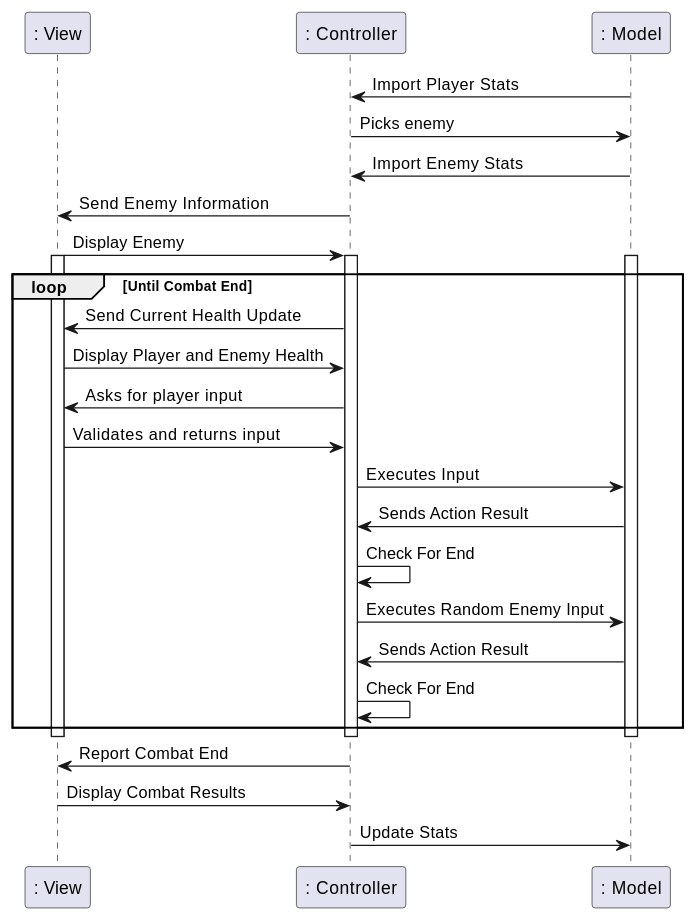
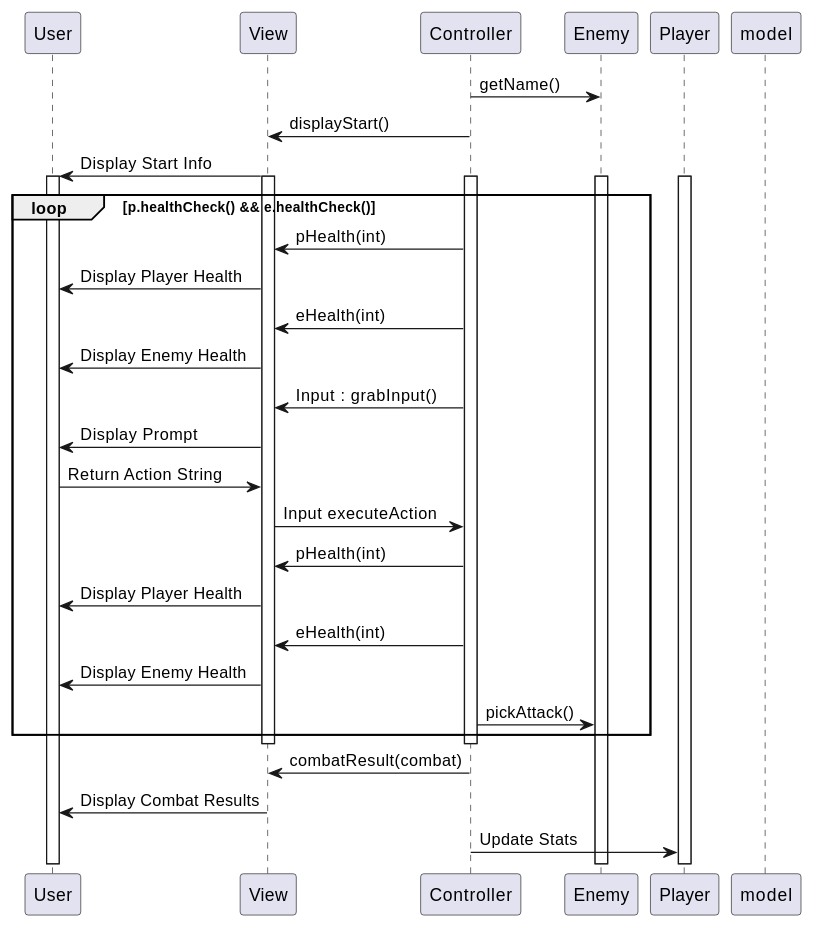
Before and after one commit to BillCheng9/Steampunk-Game: the second of 2 diagrams in intellij/doc/design.md, drawn with PlantUML.

````diff
--- a/intellij/doc/design.md
+++ b/intellij/doc/design.md
@@ -115,40 +115,46 @@
 ```plantuml
 
-participant ": View" as view
-participant ": Controller" as control
-participant ": Model" as model
 
-model -> control : Import Player Stats
-control -> model : Picks enemy
-model -> control : Import Enemy Stats
-control -> view :Send Enemy Information
-view -> control : Display Enemy
+participant "User" as user
+participant "View" as view
+participant "Controller" as control
+participant "Enemy" as enemy
+participant "Player" as player
 
+control -> enemy : getName()
+control -> view : displayStart()
+view -> user : Display Start Info
+
+loop p.healthCheck() && e.healthCheck()
 activate view
 activate control
-activate model
+activate player
+activate enemy
+activate user
 
-loop Until Combat End
-control -> view : Send Current Health Update
-view -> control : Display Player and Enemy Health
-control -> view : Asks for player input
-view -> control : Validates and returns input
-control -> model : Executes Input
-model -> control : Sends Action Result
+control -> view : pHealth(int)
+view -> user : Display Player Health
+control -> view : eHealth(int)
+view -> user : Display Enemy Health
 
-control -> control : Check For End
+control -> view : Input : grabInput()
+view -> user : Display Prompt
+user -> view : Return Action String
+view -> control : Input executeAction
 
-control -> model : Executes Random Enemy Input
-model -> control : Sends Action Result
+control -> view : pHealth(int)
+view -> user : Display Player Health
+control -> view : eHealth(int)
+view -> user : Display Enemy Health
 
-control -> control : Check For End
+control -> enemy : pickAttack()
 end
 
 deactivate view
 deactivate control
 deactivate model
 
-control -> view : Report Combat End
-view -> control : Display Combat Results
-control -> model : Update Stats
+control -> view : combatResult(combat)
+view -> user : Display Combat Results
+control -> player : Update Stats
 ```
````
